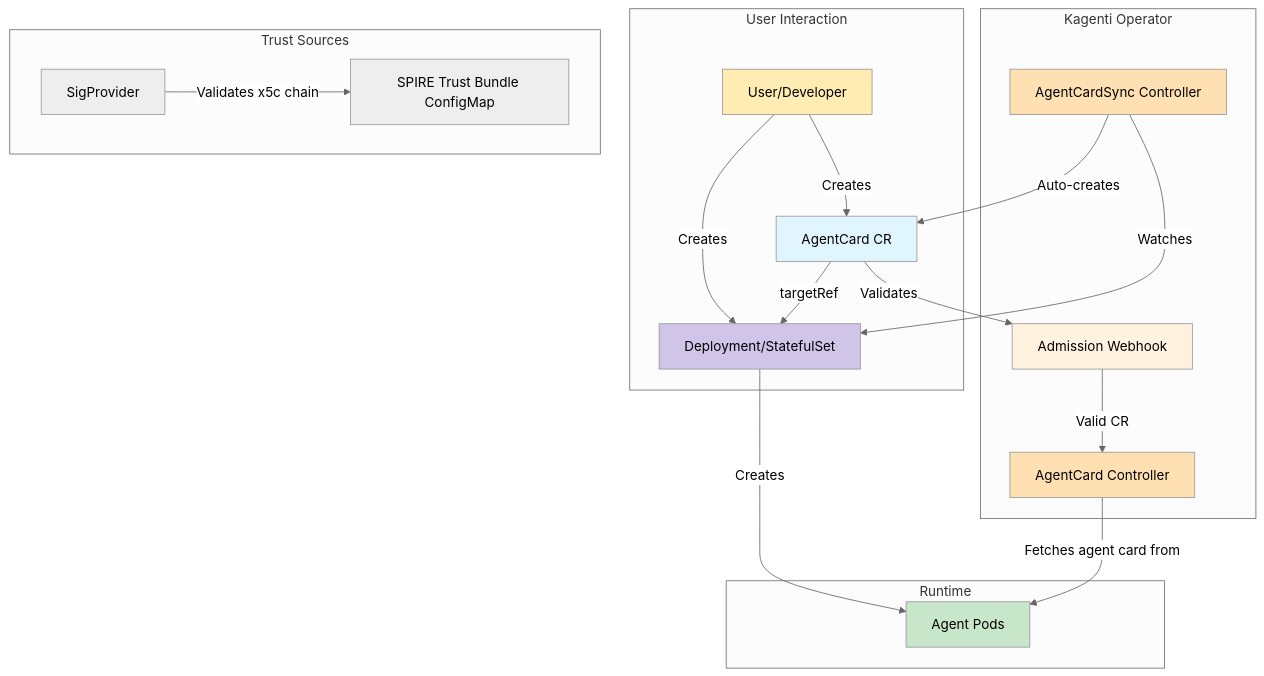
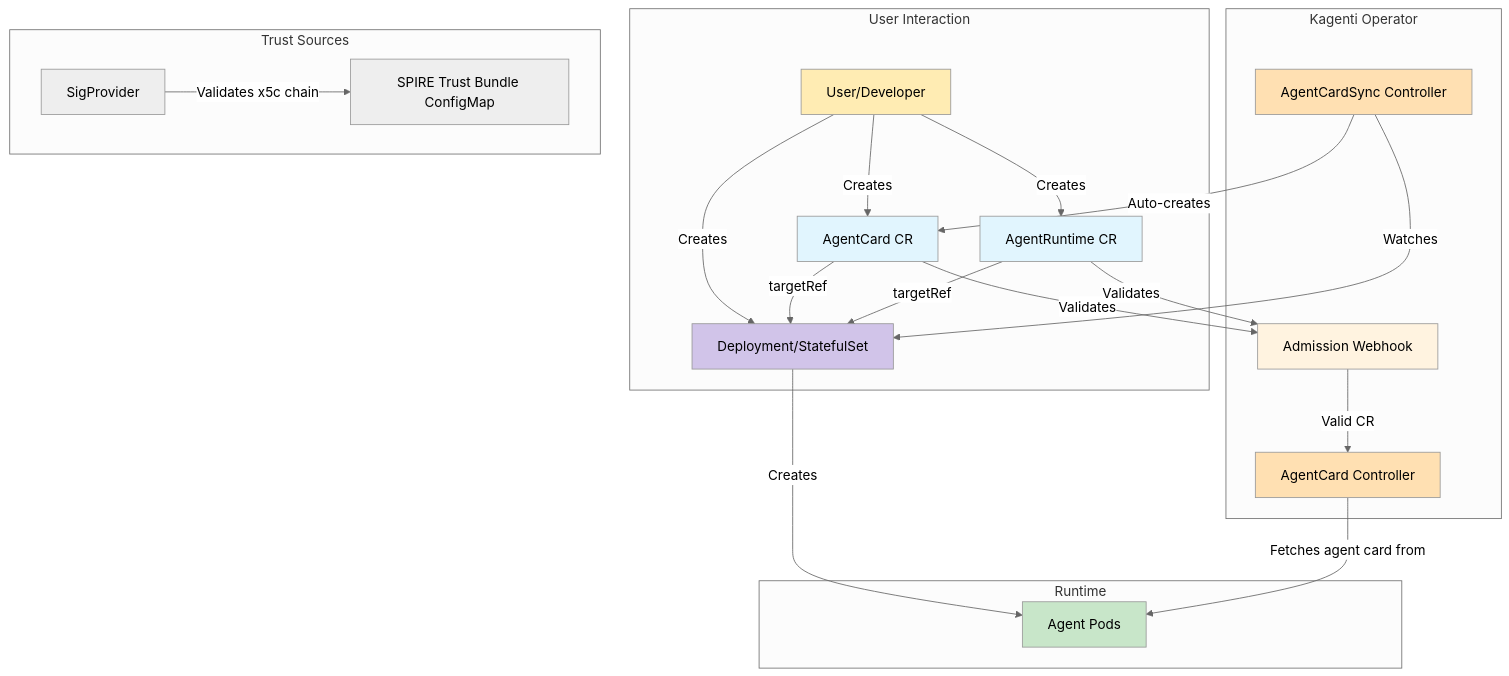
Before and after one commit to DeanKelly751/kagenti-operator: the diagram in kagenti-operator/docs/architecture.md, drawn with Mermaid (neutral theme). The commit also changed other lines of this file and 7 other files, not shown here.

First line of the commit message:
feat: add AgentRuntime CRD types and documentation

````diff
--- a/kagenti-operator/docs/architecture.md
+++ b/kagenti-operator/docs/architecture.md
@@ -75,41 +81,45 @@
 ```mermaid
 graph TB
     subgraph "User Interaction"
         User[User/Developer]
         User -->|Creates| Deployment[Deployment/StatefulSet]
         User -->|Creates| CardCR[AgentCard CR]
+        User -->|Creates| RuntimeCR[AgentRuntime CR]
     end
 
     subgraph "Kagenti Operator"
         Webhook[Admission Webhook]
         CardController[AgentCard Controller]
         SyncController[AgentCardSync Controller]
         CardCR -->|Validates| Webhook
+        RuntimeCR -->|Validates| Webhook
 
         Webhook -->|Valid CR| CardController
     end
 
     subgraph "Runtime"
         Pod[Agent Pods]
 
         Deployment -->|Creates| Pod
         CardController -->|Fetches agent card from| Pod
     end
 
     subgraph "Trust Sources"
         TrustBundle[SPIRE Trust Bundle ConfigMap]
         SigProvider -->|Validates x5c chain| TrustBundle
     end
 
     SyncController -->|Watches| Deployment
     SyncController -->|Auto-creates| CardCR
     CardCR -->|targetRef| Deployment
+    RuntimeCR -->|targetRef| Deployment
 
     style User fill:#ffecb3
     style CardCR fill:#e1f5fe
+    style RuntimeCR fill:#e1f5fe
     style Webhook fill:#fff3e0
     style CardController fill:#ffe0b2
     style SyncController fill:#ffe0b2
     style Deployment fill:#d1c4e9
     style Pod fill:#c8e6c9
 ```
````
